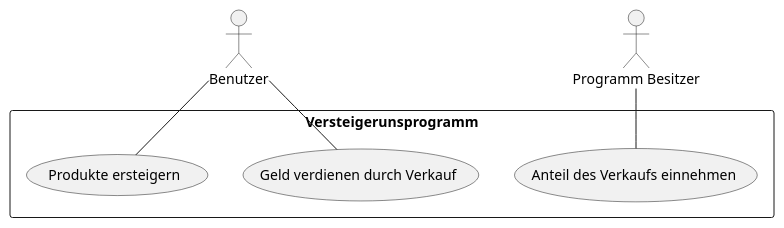
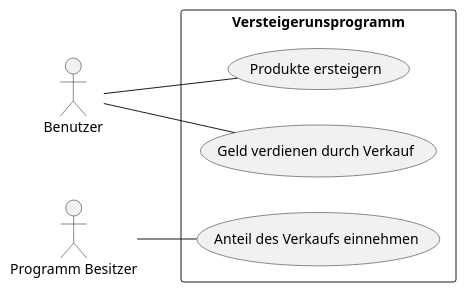
One commit to 2122-3bhitm-itp/02-project-versteigerungs-programm changed the diagram in planung/UsecaseDiagram.puml. Above: the diagram before and after it, drawn with PlantUML. The commit also changed 3 other files, not shown here.

Commit message:
Class diagramm added

```diff
--- a/planung/UsecaseDiagram.puml
+++ b/planung/UsecaseDiagram.puml
@@ -1,18 +1,19 @@
 @startuml
 'https://plantuml.com/sequence-diagram
+left to right direction
 
 rectangle Versteigerunsprogramm{
 usecase "Geld verdienen durch Verkauf" as sell
 usecase "Anteil des Verkaufs einnehmen" as cut
 usecase "Produkte ersteigern" as buy
 
 }
 
 actor Benutzer
 actor "Programm Besitzer" as besitzer
 
 Benutzer -- sell
 Benutzer -- buy
 
 besitzer -- cut
 @enduml
```
